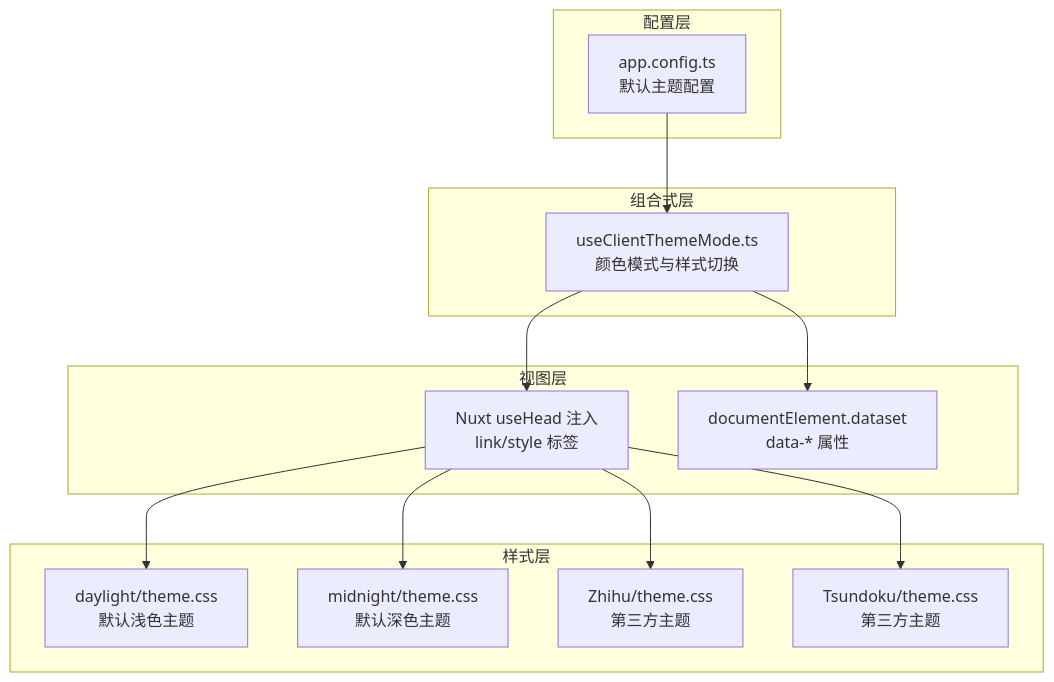
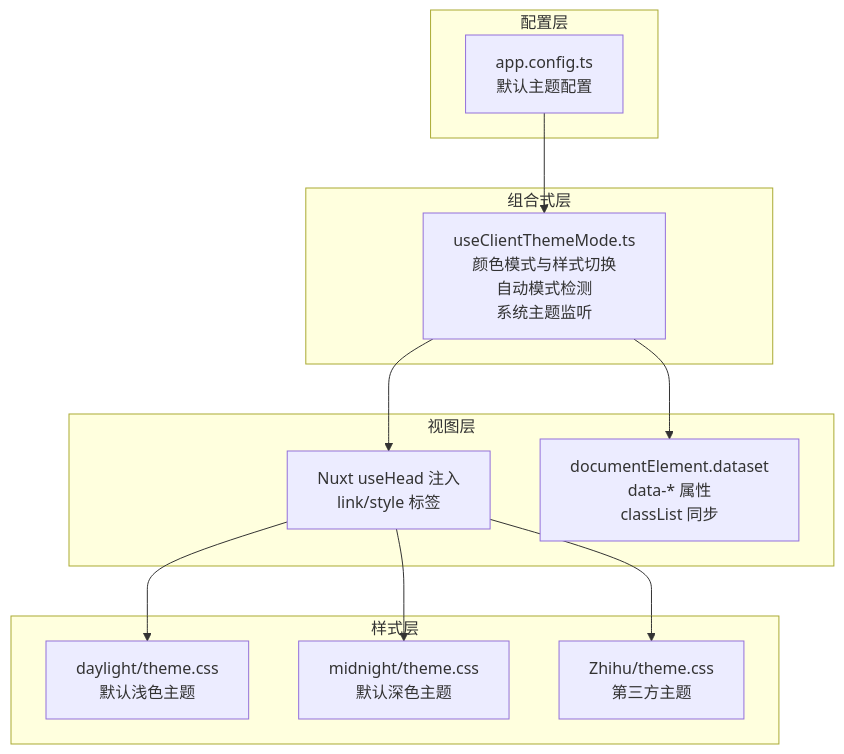
The first of 4 diagrams in .qoder/repowiki/zh/content/核心功能/主题系统/主题切换机制.md (terwer/siyuan-plugin-blog), drawn with Mermaid before and after one commit. The commit also changed other lines of this file and 3 other files, not shown here.

Commit message:
docs: update theme docs with CSS custom props and auto detection

````diff
--- a/.qoder/repowiki/zh/content/核心功能/主题系统/主题切换机制.md
+++ b/.qoder/repowiki/zh/content/核心功能/主题系统/主题切换机制.md
@@ -37,26 +44,24 @@
 ```mermaid
 graph TB
 subgraph "配置层"
 Cfg["app.config.ts<br/>默认主题配置"]
 end
 subgraph "组合式层"
-Hook["useClientThemeMode.ts<br/>颜色模式与样式切换"]
+Hook["useClientThemeMode.ts<br/>颜色模式与样式切换<br/>自动模式检测<br/>系统主题监听"]
 end
 subgraph "样式层"
 DLight["daylight/theme.css<br/>默认浅色主题"]
 DMid["midnight/theme.css<br/>默认深色主题"]
 Zhihu["Zhihu/theme.css<br/>第三方主题"]
-Tsund["Tsundoku/theme.css<br/>第三方主题"]
 end
 subgraph "视图层"
 Head["Nuxt useHead 注入<br/>link/style 标签"]
-DOM["documentElement.dataset<br/>data-* 属性"]
+DOM["documentElement.dataset<br/>data-* 属性<br/>classList 同步"]
 end
 Cfg --> Hook
 Hook --> Head
 Hook --> DOM
 Head --> DLight
 Head --> DMid
 Head --> Zhihu
-Head --> Tsund
 ```
````
